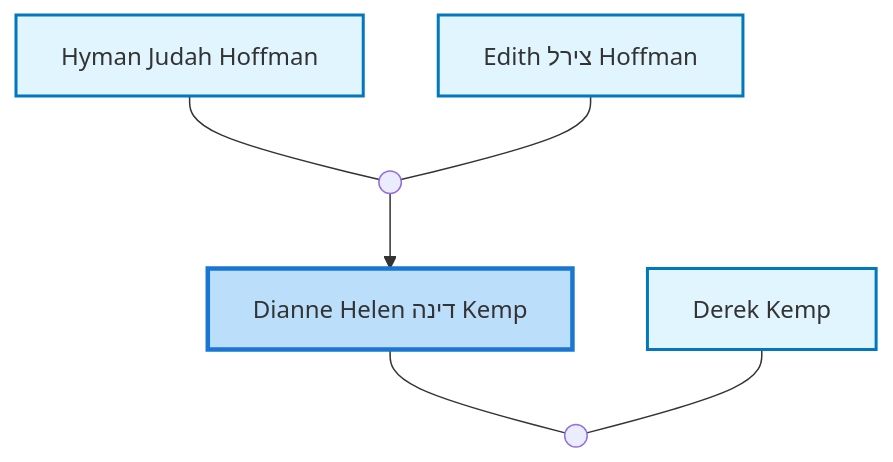
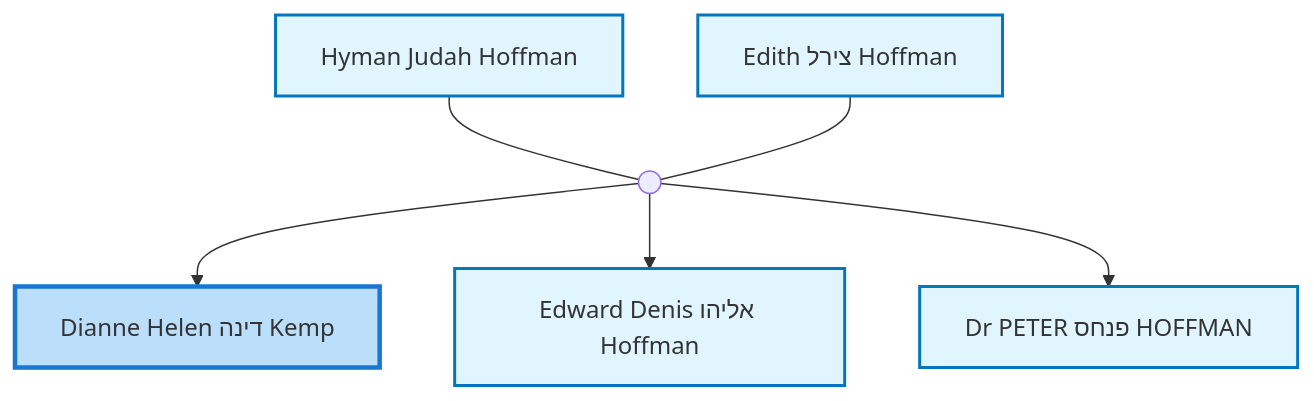
Before and after one commit to moshehoff/FamilyHistory: the first of 3 diagrams in site/content/profiles/Dianne Helen דינה Kemp.md, drawn with Mermaid. The commit also changed 244 other files, not shown here.

Commit message:
Change Nuclear Family diagram to show parents and siblings, update site title to 'Hoffman Family History', revert diagram zoom to simple scaling

````diff
--- a/site/content/profiles/Dianne Helen דינה Kemp.md
+++ b/site/content/profiles/Dianne Helen דינה Kemp.md
@@ -22,25 +22,27 @@
 ```mermaid
 flowchart TD
 classDef person fill:#e1f5fe,stroke:#0277bd,stroke-width:2px;
 classDef internal-link fill:#e1f5fe,stroke:#0277bd,stroke-width:2px;
 classDef current fill:#bbdefb,stroke:#1976d2,stroke-width:3px;
 idI38516790["Dianne Helen דינה Kemp"]
 class idI38516790 current
 click idI38516790 "../profiles/Dianne-Helen-%D7%93%D7%99%D7%A0%D7%94-Kemp" "Dianne Helen דינה Kemp"
 idI11052350["Hyman Judah Hoffman"]
 class idI11052350 internal-link
 click idI11052350 "../profiles/Hyman-Judah-Hoffman" "Hyman Judah Hoffman"
 idI38516664["Edith צירל Hoffman"]
 class idI38516664 internal-link
 click idI38516664 "../profiles/Edith-%D7%A6%D7%99%D7%A8%D7%9C-Hoffman" "Edith צירל Hoffman"
 marriage_idF13161432((" "))
 idI11052350 --- marriage_idF13161432
 idI38516664 --- marriage_idF13161432
 marriage_idF13161432 --> idI38516790
-idI38739432["Derek Kemp"]
-class idI38739432 internal-link
-click idI38739432 "../profiles/Derek-Kemp" "Derek Kemp"
-marriage_idF13237018((" "))
-idI38516790 --- marriage_idF13237018
-idI38739432 --- marriage_idF13237018
+idI38516763["Edward Denis אליהו Hoffman"]
+class idI38516763 internal-link
+click idI38516763 "../profiles/Edward-Denis-%D7%90%D7%9C%D7%99%D7%94%D7%95-Hoffman" "Edward Denis אליהו Hoffman"
+marriage_idF13161432 --> idI38516763
+idI11052359["Dr PETER פנחס HOFFMAN"]
+class idI11052359 internal-link
+click idI11052359 "../profiles/Dr-PETER-%D7%A4%D7%A0%D7%97%D7%A1-HOFFMAN" "Dr PETER פנחס HOFFMAN"
+marriage_idF13161432 --> idI11052359
 ```
````
